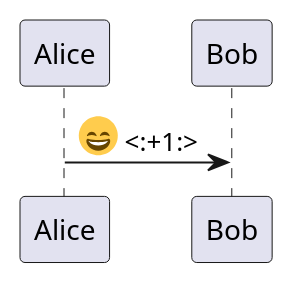
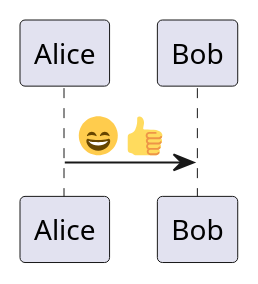
One commit to akiratamcat/joplin-plugin-dg-plantuml changed the eighth of 12 diagrams in tests/manual/mvp-note.md. Above: the diagram before and after it, drawn with PlantUML. The commit also changed other lines of this file and 2 other files, not shown here.

Commit message:
Re-render blocks after the Rich Text edit dialog
Joplin's edit dialog keeps the block element and replaces only its inner
HTML, so the "rendered" mark on the block made the new content stay as a
spinner. Keep the state on the output element instead. Also fix the emoji
name and a heading in the manual test note.

````diff
--- a/tests/manual/mvp-note.md
+++ b/tests/manual/mvp-note.md
@@ -69,3 +69,3 @@
 ```plantuml
-Alice -> Bob : <:smile:> <:+1:>
+Alice -> Bob : <:smile:> <:thumbsup:>
 ```
````
